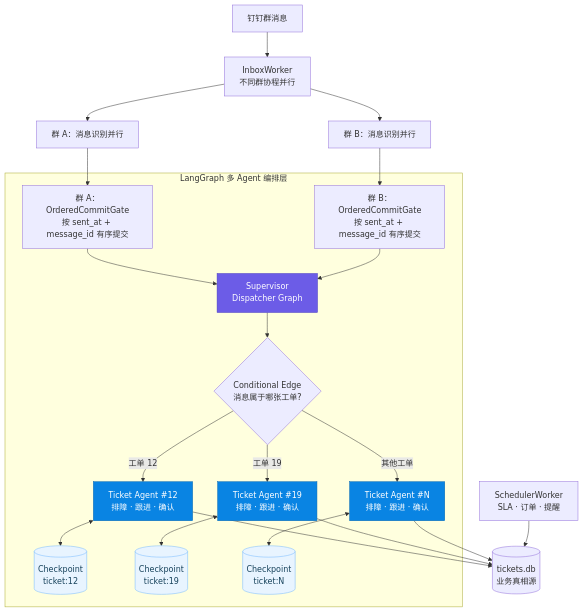
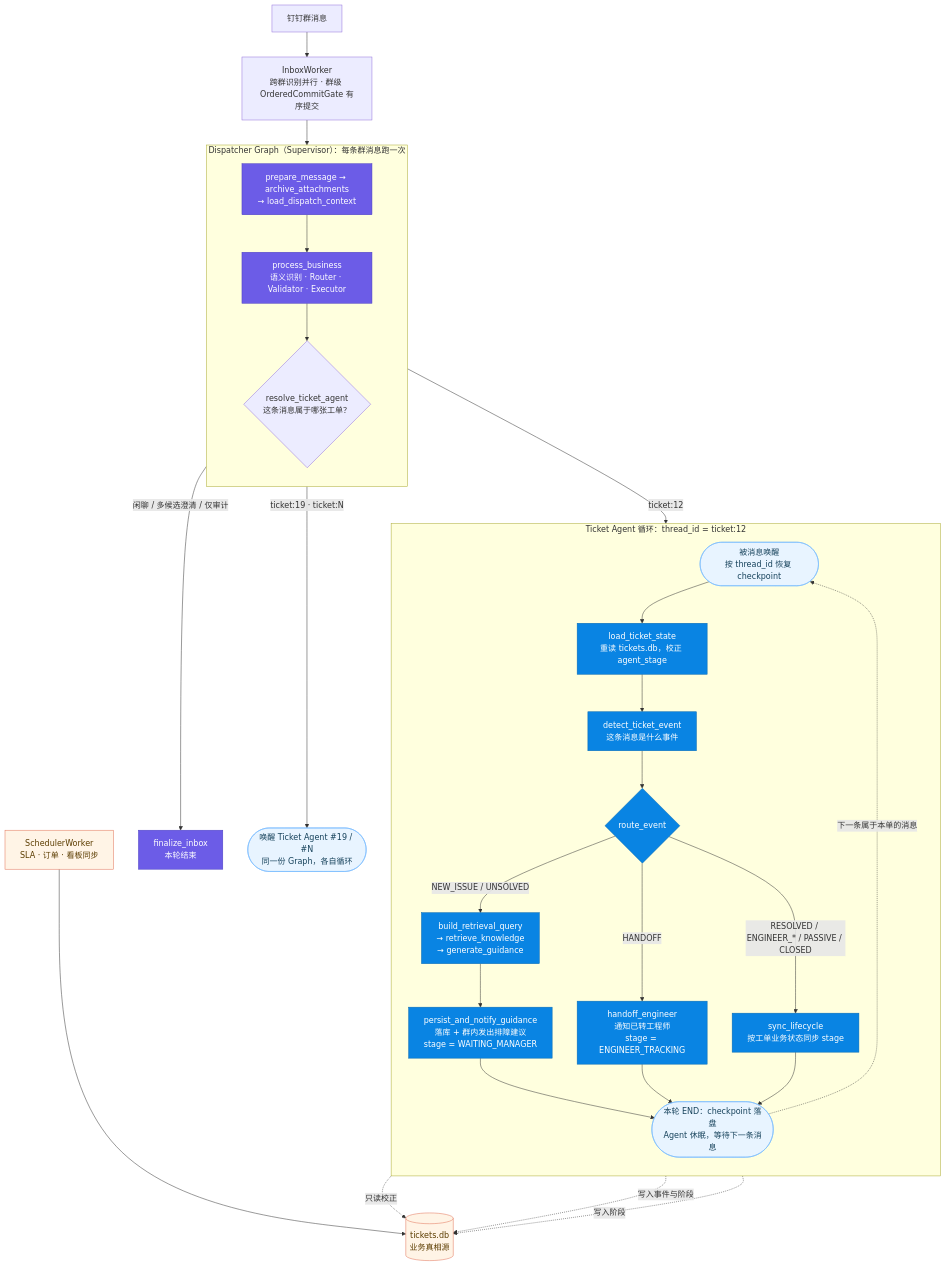
Before and after one commit to yushui6666/Dingtalk-bot-fix: the first of 2 diagrams in README.md, drawn with Mermaid. The commit also changed other lines of this file and 2 other files, not shown here.

Commit message:
fix(readme) :增强了agent loop演示

````diff
--- a/README.md
+++ b/README.md
@@ -11,34 +13,56 @@
 ```mermaid
 flowchart TB
-    M[钉钉群消息] --> W[InboxWorker<br/>不同群协程并行]
-    W --> GA[群 A：消息识别并行]
-    W --> GB[群 B：消息识别并行]
-    GA --> QA[群 A：OrderedCommitGate<br/>按 sent_at + message_id 有序提交]
-    GB --> QB[群 B：OrderedCommitGate<br/>按 sent_at + message_id 有序提交]
+    M["钉钉群消息"] --> W["InboxWorker<br/>跨群识别并行 · 群级 OrderedCommitGate 有序提交"]
+    W --> D
 
-    subgraph LG[LangGraph 多 Agent 编排层]
-        QA --> D[Supervisor<br/>Dispatcher Graph]
-        QB --> D
-        D --> R{Conditional Edge<br/>消息属于哪张工单?}
-
-        R -->|工单 12| A1[Ticket Agent #12<br/>排障 · 跟进 · 确认]
-        R -->|工单 19| A2[Ticket Agent #19<br/>排障 · 跟进 · 确认]
-        R -->|其他工单| AN[Ticket Agent #N<br/>排障 · 跟进 · 确认]
-
-        A1 <--> C1[(Checkpoint<br/>ticket:12)]
-        A2 <--> C2[(Checkpoint<br/>ticket:19)]
-        AN <--> CN[(Checkpoint<br/>ticket:N)]
+    subgraph DISP["Dispatcher Graph（Supervisor）：每条群消息跑一次"]
+        direction TB
+        D["prepare_message → archive_attachments<br/>→ load_dispatch_context"]
+        B["process_business<br/>语义识别 · Router · Validator · Executor"]
+        R{"resolve_ticket_agent<br/>这条消息属于哪张工单？"}
+        D --> B --> R
     end
 
-    A1 --> DB[(tickets.db<br/>业务真相源)]
-    A2 --> DB
-    AN --> DB
-    S[SchedulerWorker<br/>SLA · 订单 · 提醒] --> DB
+    R -->|"闲聊 / 多候选澄清 / 仅审计"| FIN["finalize_inbox<br/>本轮结束"]
+    R -->|"ticket:19 · ticket:N"| AN(["唤醒 Ticket Agent #19 / #N<br/>同一份 Graph，各自循环"])
+    R -->|"ticket:12"| WAKE
+
+    subgraph LOOP["Ticket Agent 循环：thread_id = ticket:12"]
+        direction TB
+        WAKE(["被消息唤醒<br/>按 thread_id 恢复 checkpoint"])
+        LOAD["load_ticket_state<br/>重读 tickets.db，校正 agent_stage"]
+        DETECT["detect_ticket_event<br/>这条消息是什么事件"]
+        ROUTE{"route_event"}
+        TROUBLE["build_retrieval_query<br/>→ retrieve_knowledge<br/>→ generate_guidance"]
+        GUIDE["persist_and_notify_guidance<br/>落库 + 群内发出排障建议<br/>stage = WAITING_MANAGER"]
+        HAND["handoff_engineer<br/>通知已转工程师<br/>stage = ENGINEER_TRACKING"]
+        SYNC["sync_lifecycle<br/>按工单业务状态同步 stage"]
+        SLEEP(["本轮 END：checkpoint 落盘<br/>Agent 休眠，等待下一条消息"])
+
+        WAKE --> LOAD --> DETECT --> ROUTE
+        ROUTE -->|"NEW_ISSUE / UNSOLVED"| TROUBLE
+        TROUBLE --> GUIDE
+        ROUTE -->|"HANDOFF"| HAND
+        ROUTE -->|"RESOLVED / ENGINEER_* / PASSIVE / CLOSED"| SYNC
+        GUIDE --> SLEEP
+        HAND --> SLEEP
+        SYNC --> SLEEP
+    end
+
+    SLEEP -.->|"下一条属于本单的消息"| WAKE
+
+    DB[("tickets.db<br/>业务真相源")]
+    LOAD -.只读校正.-> DB
+    GUIDE -.写入事件与阶段.-> DB
+    SYNC -.写入阶段.-> DB
+    SCH["SchedulerWorker<br/>SLA · 订单 · 看板同步"] --> DB
 
     classDef supervisor fill:#6c5ce7,color:#fff,stroke:#4b3fc1
     classDef agent fill:#0984e3,color:#fff,stroke:#0769b2
-    classDef checkpoint fill:#e8f4ff,color:#16425b,stroke:#74b9ff
-    class D supervisor
-    class A1,A2,AN agent
-    class C1,C2,CN checkpoint
+    classDef idle fill:#e8f4ff,color:#16425b,stroke:#74b9ff
+    classDef db fill:#fff4e6,color:#5c3d00,stroke:#e17055
+    class D,B,FIN supervisor
+    class LOAD,DETECT,ROUTE,TROUBLE,GUIDE,HAND,SYNC agent
+    class WAKE,SLEEP,AN idle
+    class DB,SCH db
 ```
````
